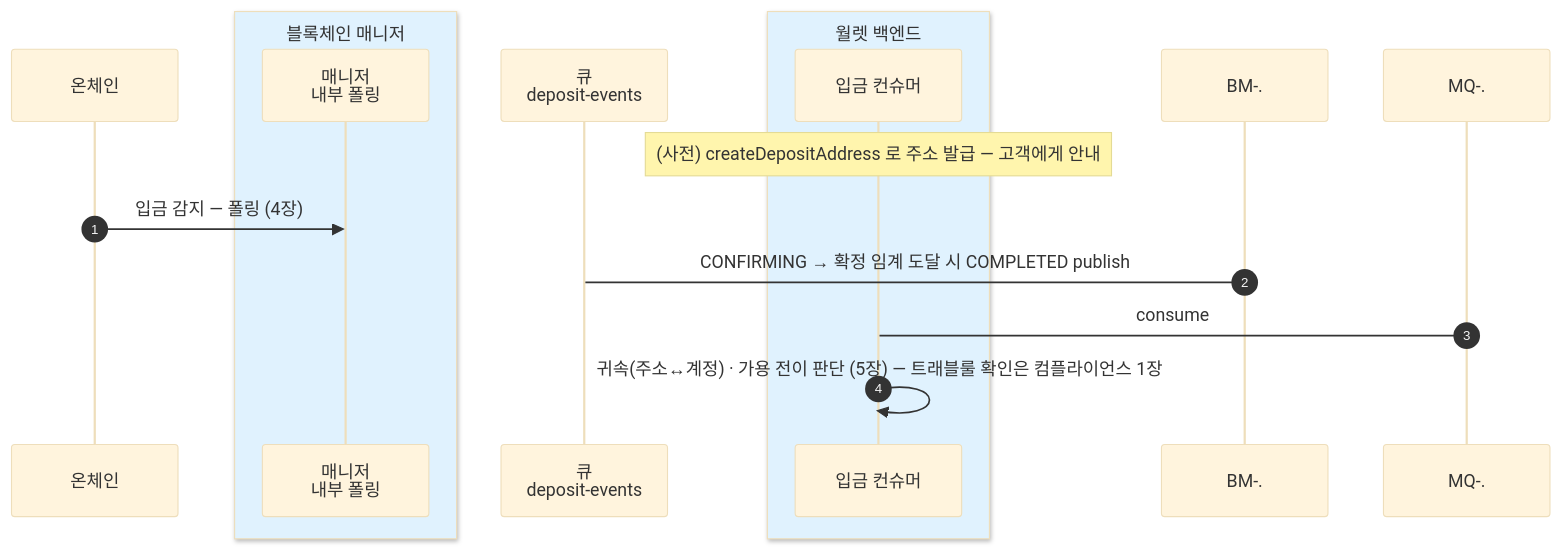
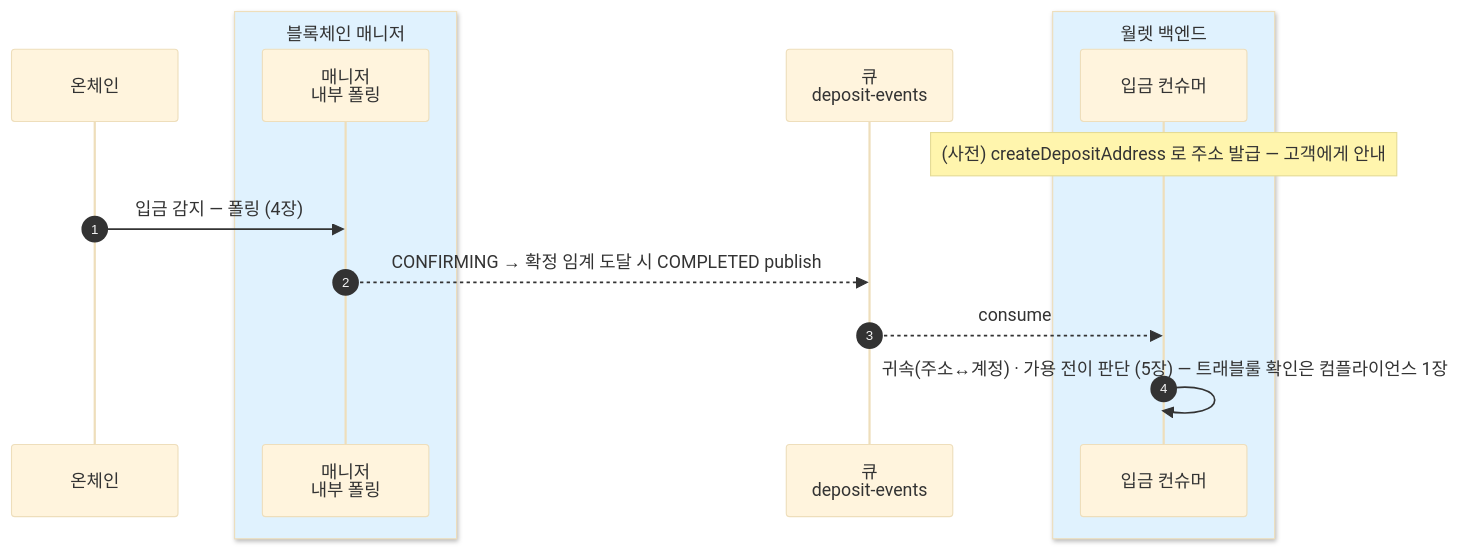
One commit to eunsujeo/eunpus changed the second of 2 diagrams in blockchain-manager/docs/블록체인매니저/설계/16-interface.md. Above: the diagram before and after it, drawn with Mermaid (base theme). The commit also changed other lines of this file and 12 other files, not shown here.

````diff
--- a/blockchain-manager/docs/블록체인매니저/설계/16-interface.md
+++ b/blockchain-manager/docs/블록체인매니저/설계/16-interface.md
@@ -85,18 +84,18 @@
 ```mermaid
 sequenceDiagram
     autonumber
     participant CH as 온체인
     box rgb(224,242,254) 블록체인 매니저
     participant BM as 매니저<br/>내부 폴링
     end
     participant MQ as 큐<br/>deposit-events
     box rgb(224,242,254) 월렛 백엔드
     participant BE as 입금 컨슈머
     end
 
     Note over BE: (사전) createDepositAddress 로 주소 발급 — 고객에게 안내
     CH->>BM: 입금 감지 — 폴링 (4장)
-    BM-.->MQ: CONFIRMING → 확정 임계 도달 시 COMPLETED publish
-    MQ-.->BE: consume
+    BM-->>MQ: CONFIRMING → 확정 임계 도달 시 COMPLETED publish
+    MQ-->>BE: consume
     BE->>BE: 귀속(주소↔계정) · 가용 전이 판단 (5장) — 트래블룰 확인은 컴플라이언스 1장
 ```
````
